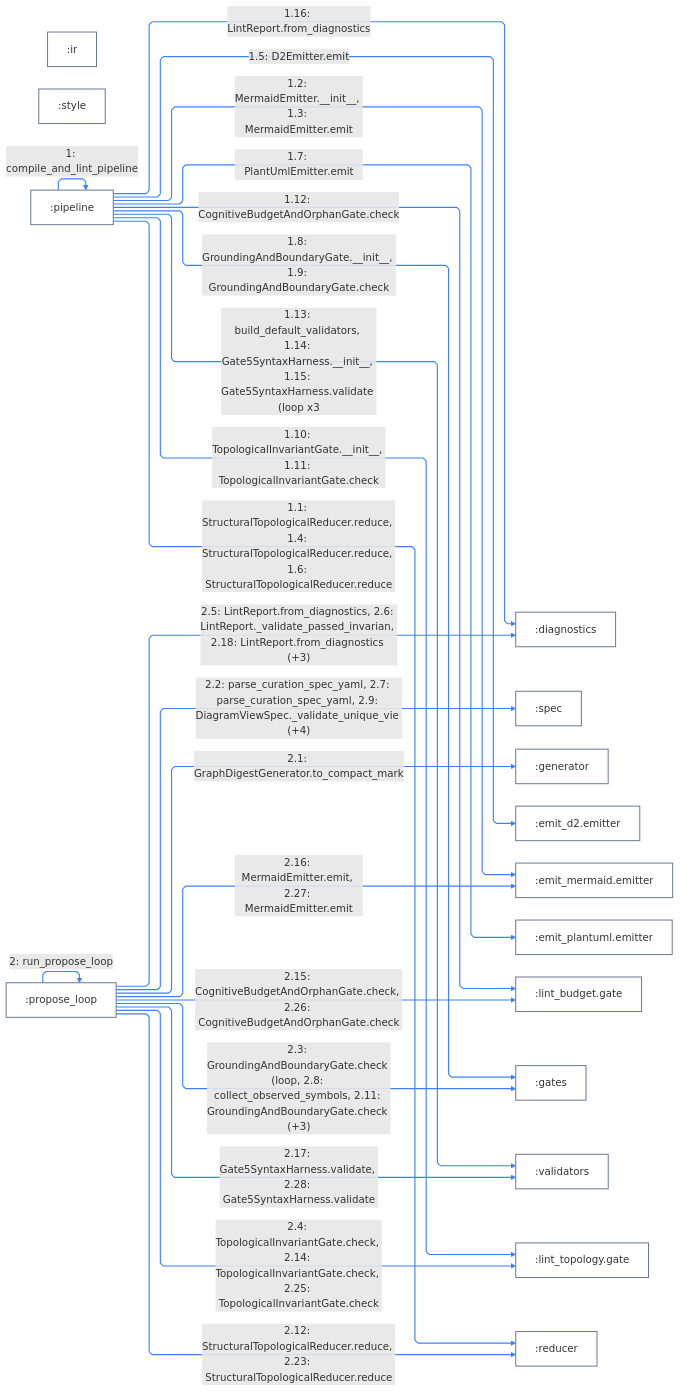
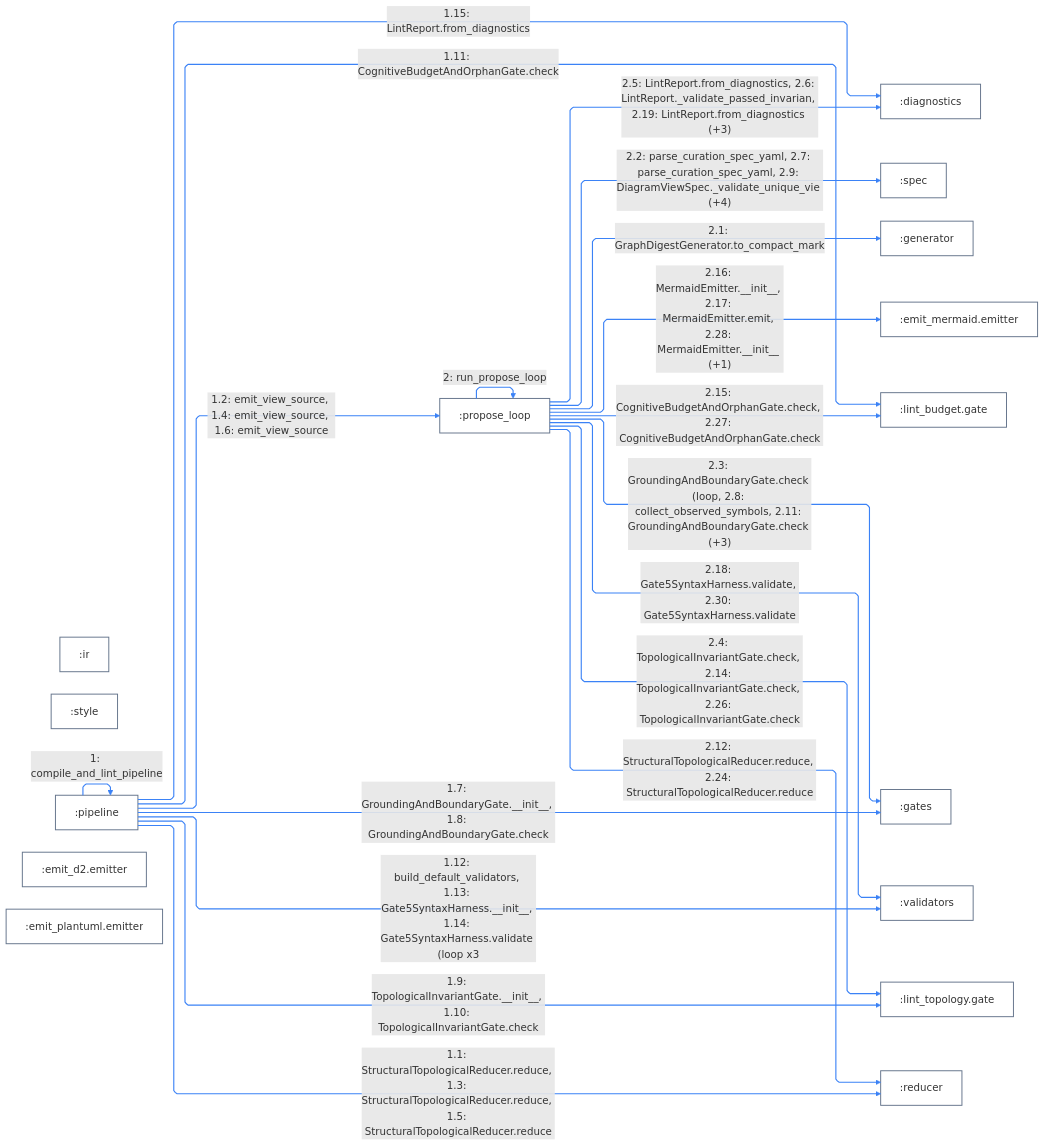
Before and after one commit to klcd/archigram: the sixth of 8 diagrams in docs/architecture/uml-and-curation-showcase.md, drawn with Mermaid. The commit also changed other lines of this file and 58 other files, not shown here.

Commit message:
fix(mcp): align preview emitter and preserve multi-view repair

````diff
--- a/docs/architecture/uml-and-curation-showcase.md
+++ b/docs/architecture/uml-and-curation-showcase.md
@@ -556,50 +554,48 @@
 ```mermaid
 ---
 config:
   layout: elk
   elk:
     mergeEdges: false
     nodePlacementStrategy: BRANDES_KOEPF
   flowchart:
     defaultRenderer: elk
     curve: linear
 ---
 flowchart LR
   classDef default fill:transparent,stroke:#64748b,stroke-width:1.5px
   o0[":diagnostics"]
   o1[":ir"]
   o2[":spec"]
   o3[":style"]
   o4[":pipeline"]
   o5[":propose_loop"]
   o6[":generator"]
   o7[":emit_d2.emitter"]
   o8[":emit_mermaid.emitter"]
   o9[":emit_plantuml.emitter"]
   o10[":lint_budget.gate"]
   o11[":gates"]
   o12[":validators"]
   o13[":lint_topology.gate"]
   o14[":reducer"]
   o4 -->|"1: compile_and_lint_pipeline"| o4
-  o4 -->|"1.1: StructuralTopologicalReducer.reduce, 1.4: StructuralTopologicalReducer.reduce, 1.6: StructuralTopologicalReducer.reduce"| o14
-  o4 -->|"1.2: MermaidEmitter.__init__, 1.3: MermaidEmitter.emit"| o8
-  o4 -->|"1.5: D2Emitter.emit"| o7
-  o4 -->|"1.7: PlantUmlEmitter.emit"| o9
-  o4 -->|"1.8: GroundingAndBoundaryGate.__init__, 1.9: GroundingAndBoundaryGate.check"| o11
-  o4 -->|"1.10: TopologicalInvariantGate.__init__, 1.11: TopologicalInvariantGate.check"| o13
-  o4 -->|"1.12: CognitiveBudgetAndOrphanGate.check"| o10
-  o4 -->|"1.13: build_default_validators, 1.14: Gate5SyntaxHarness.__init__, 1.15: Gate5SyntaxHarness.validate (loop x3"| o12
-  o4 -->|"1.16: LintReport.from_diagnostics"| o0
+  o4 -->|"1.1: StructuralTopologicalReducer.reduce, 1.3: StructuralTopologicalReducer.reduce, 1.5: StructuralTopologicalReducer.reduce"| o14
+  o4 -->|"1.2: emit_view_source, 1.4: emit_view_source, 1.6: emit_view_source"| o5
+  o4 -->|"1.7: GroundingAndBoundaryGate.__init__, 1.8: GroundingAndBoundaryGate.check"| o11
+  o4 -->|"1.9: TopologicalInvariantGate.__init__, 1.10: TopologicalInvariantGate.check"| o13
+  o4 -->|"1.11: CognitiveBudgetAndOrphanGate.check"| o10
+  o4 -->|"1.12: build_default_validators, 1.13: Gate5SyntaxHarness.__init__, 1.14: Gate5SyntaxHarness.validate (loop x3"| o12
+  o4 -->|"1.15: LintReport.from_diagnostics"| o0
   o5 -->|"2: run_propose_loop"| o5
   o5 -->|"2.1: GraphDigestGenerator.to_compact_mark"| o6
   o5 -->|"2.2: parse_curation_spec_yaml, 2.7: parse_curation_spec_yaml, 2.9: DiagramViewSpec._validate_unique_vie (+4)"| o2
   o5 -->|"2.3: GroundingAndBoundaryGate.check (loop, 2.8: collect_observed_symbols, 2.11: GroundingAndBoundaryGate.check (+3)"| o11
-  o5 -->|"2.4: TopologicalInvariantGate.check, 2.14: TopologicalInvariantGate.check, 2.25: TopologicalInvariantGate.check"| o13
-  o5 -->|"2.5: LintReport.from_diagnostics, 2.6: LintReport._validate_passed_invarian, 2.18: LintReport.from_diagnostics (+3)"| o0
-  o5 -->|"2.12: StructuralTopologicalReducer.reduce, 2.23: StructuralTopologicalReducer.reduce"| o14
-  o5 -->|"2.15: CognitiveBudgetAndOrphanGate.check, 2.26: CognitiveBudgetAndOrphanGate.check"| o10
-  o5 -->|"2.16: MermaidEmitter.emit, 2.27: MermaidEmitter.emit"| o8
-  o5 -->|"2.17: Gate5SyntaxHarness.validate, 2.28: Gate5SyntaxHarness.validate"| o12
-  linkStyle 0,1,2,3,4,5,6,7,8,9,10,11,12,13,14,15,16,17,18,19 stroke:#3b82f6,stroke-width:1.75px
+  o5 -->|"2.4: TopologicalInvariantGate.check, 2.14: TopologicalInvariantGate.check, 2.26: TopologicalInvariantGate.check"| o13
+  o5 -->|"2.5: LintReport.from_diagnostics, 2.6: LintReport._validate_passed_invarian, 2.19: LintReport.from_diagnostics (+3)"| o0
+  o5 -->|"2.12: StructuralTopologicalReducer.reduce, 2.24: StructuralTopologicalReducer.reduce"| o14
+  o5 -->|"2.15: CognitiveBudgetAndOrphanGate.check, 2.27: CognitiveBudgetAndOrphanGate.check"| o10
+  o5 -->|"2.16: MermaidEmitter.__init__, 2.17: MermaidEmitter.emit, 2.28: MermaidEmitter.__init__ (+1)"| o8
+  o5 -->|"2.18: Gate5SyntaxHarness.validate, 2.30: Gate5SyntaxHarness.validate"| o12
+  linkStyle 0,1,2,3,4,5,6,7,8,9,10,11,12,13,14,15,16,17 stroke:#3b82f6,stroke-width:1.75px
 ```
````
